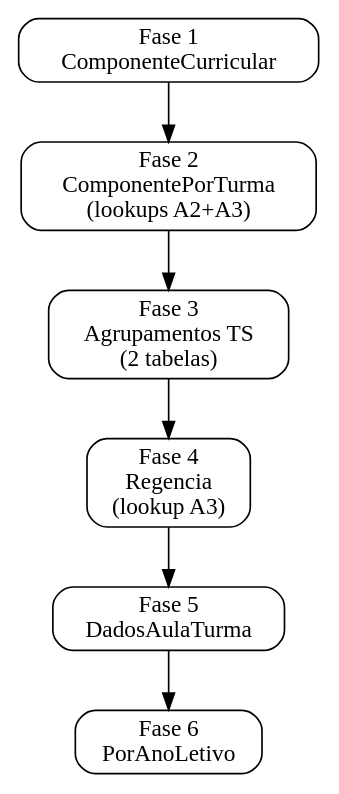
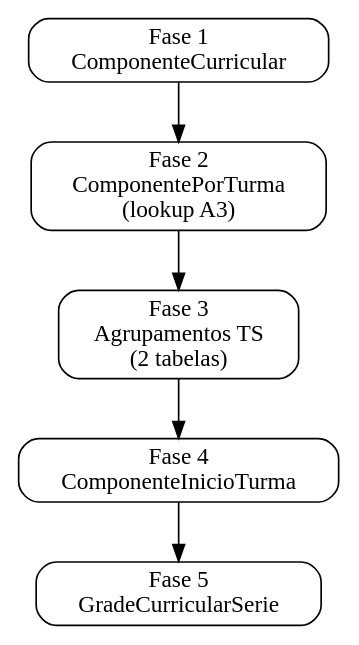
Before and after one commit to prefeiturasp/SME-IntegracaoEOL-MS-ETL: the diagram in docs/dominios/pedagogico/visao_geral.md, drawn with Graphviz. The commit also changed other lines of this file and 12 other files, not shown here.

````diff
--- a/docs/dominios/pedagogico/visao_geral.md
+++ b/docs/dominios/pedagogico/visao_geral.md
@@ -78,15 +75,14 @@
 ```{graphviz}
 digraph G {
     rankdir=TB;
     node [shape=box, style="rounded"];
 
     F1 [label="Fase 1\nComponenteCurricular"];
-    F2 [label="Fase 2\nComponentePorTurma\n(lookups A2+A3)"];
+    F2 [label="Fase 2\nComponentePorTurma\n(lookup A3)"];
     F3 [label="Fase 3\nAgrupamentos TS\n(2 tabelas)"];
-    F4 [label="Fase 4\nRegencia\n(lookup A3)"];
-    F5 [label="Fase 5\nDadosAulaTurma"];
-    F6 [label="Fase 6\nPorAnoLetivo"];
+    F4 [label="Fase 4\nComponenteInicioTurma"];
+    F5 [label="Fase 5\nGradeCurricularSerie"];
 
-    F1 -> F2 -> F3 -> F4 -> F5 -> F6;
+    F1 -> F2 -> F3 -> F4 -> F5;
 }
 ```
````
